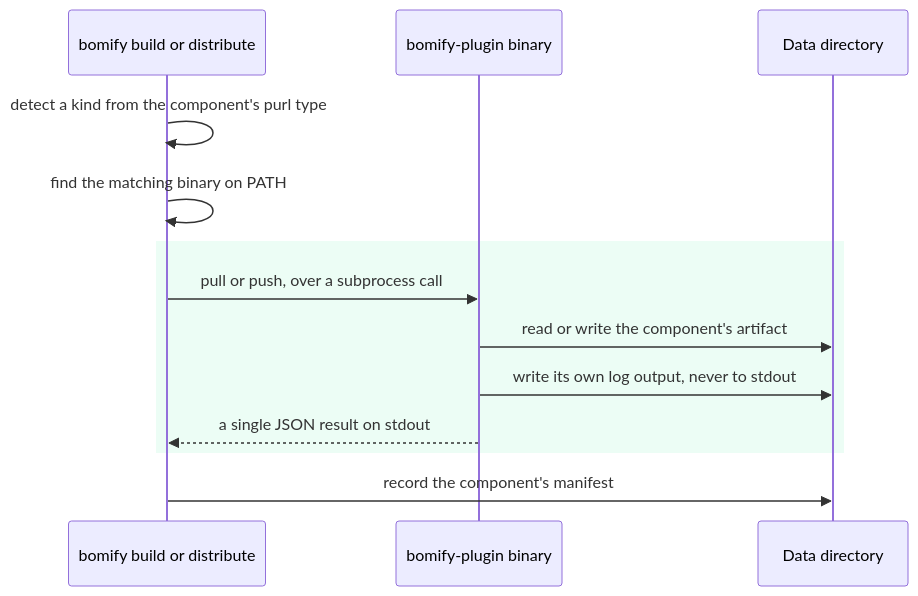
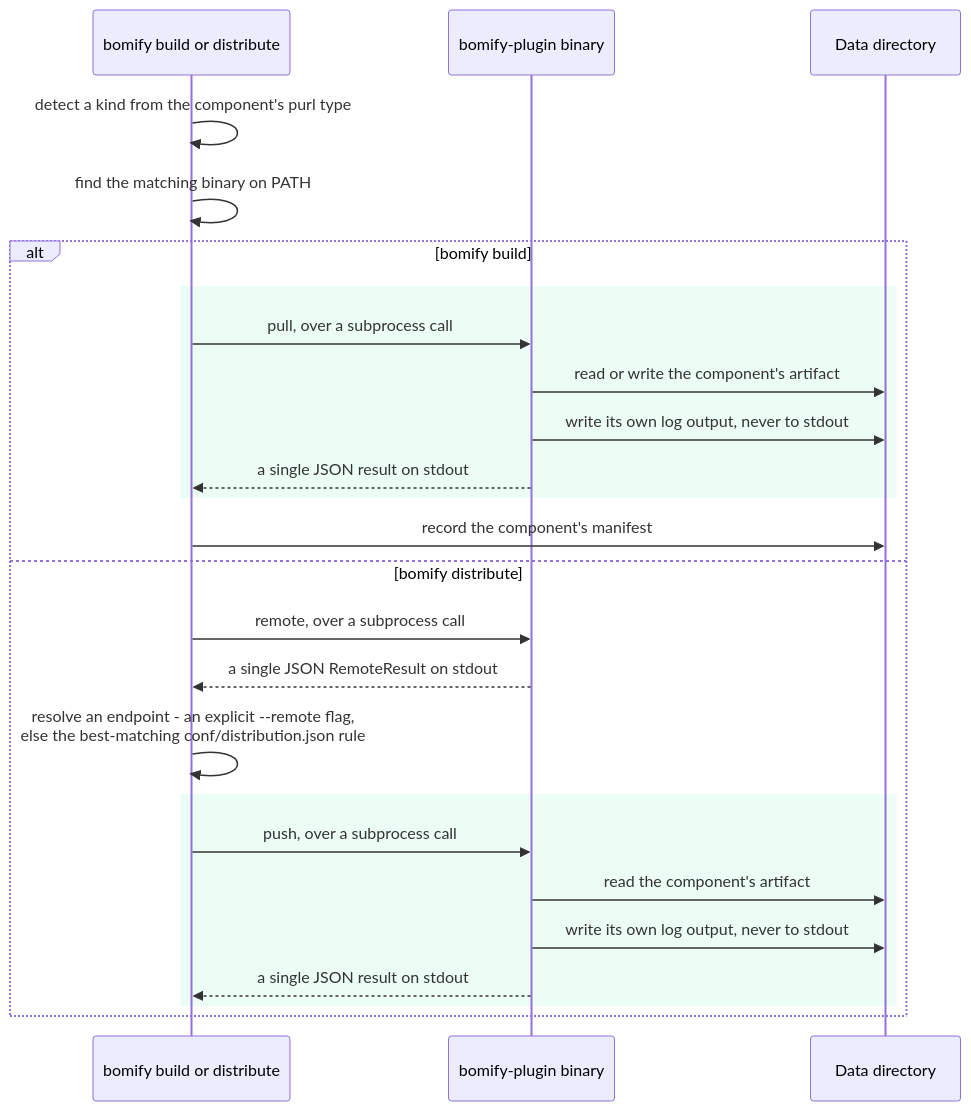
Before and after one commit to alejandro-velasco/bomify: the diagram in docs/diagrams/plugin-dispatch.mmd, drawn with Mermaid. The commit also changed 4 other files, not shown here.

Commit message:
docs(architecture): update architecture and mermaid diagrams

```diff
--- a/docs/diagrams/plugin-dispatch.mmd
+++ b/docs/diagrams/plugin-dispatch.mmd
@@ -1,14 +1,27 @@
 sequenceDiagram
     participant CLI as bomify build or distribute
     participant Plugin as bomify-plugin binary
     participant Disk as Data directory
 
     CLI->>CLI: detect a kind from the component's purl type
     CLI->>CLI: find the matching binary on PATH
-    rect rgb(236, 253, 245)
-        CLI->>Plugin: pull or push, over a subprocess call
-        Plugin->>Disk: read or write the component's artifact
-        Plugin->>Disk: write its own log output, never to stdout
-        Plugin-->>CLI: a single JSON result on stdout
+
+    alt bomify build
+        rect rgb(236, 253, 245)
+            CLI->>Plugin: pull, over a subprocess call
+            Plugin->>Disk: read or write the component's artifact
+            Plugin->>Disk: write its own log output, never to stdout
+            Plugin-->>CLI: a single JSON result on stdout
+        end
+        CLI->>Disk: record the component's manifest
+    else bomify distribute
+        CLI->>Plugin: remote, over a subprocess call
+        Plugin-->>CLI: a single JSON RemoteResult on stdout
+        CLI->>CLI: resolve an endpoint - an explicit --remote flag,<br/>else the best-matching conf/distribution.json rule
+        rect rgb(236, 253, 245)
+            CLI->>Plugin: push, over a subprocess call
+            Plugin->>Disk: read the component's artifact
+            Plugin->>Disk: write its own log output, never to stdout
+            Plugin-->>CLI: a single JSON result on stdout
+        end
     end
-    CLI->>Disk: record the component's manifest
```
